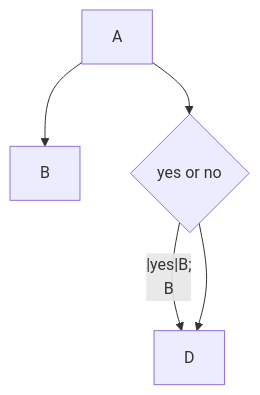
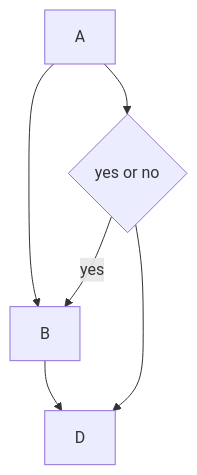
The diagram in README.md (MeYuChen/my_learning), drawn with Mermaid before and after one commit.

Commit message:
add md grammer

````diff
--- a/README.md
+++ b/README.md
@@ -60,9 +60,9 @@
  ```mermaid
 graph TD;
     A-->B;
     A-->C;
     C{yes or no}
-    C--|yes|B;
+    C-->|yes|B;
     B-->D;
     C-->D;
  ```
````
